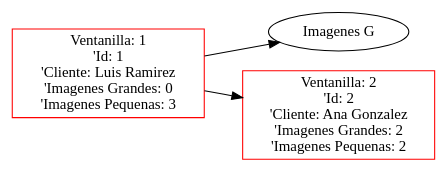
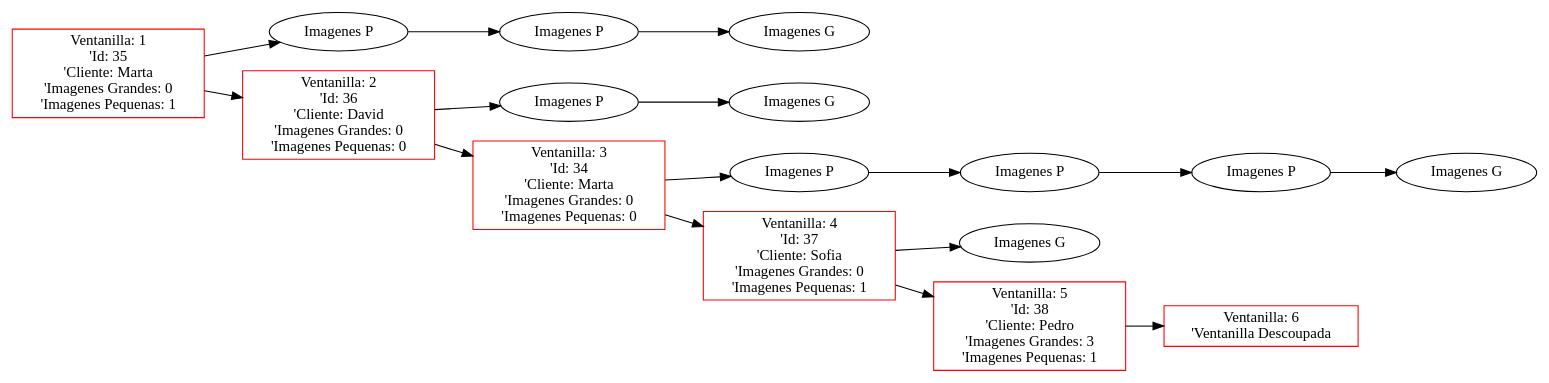
Before and after one commit to FranklinONP/EDD_PROYECTO_202200089: the diagram in Proyecto1/Proyecto1_202200089/Pruebas/PJ/Ventanilla.dot, drawn with Graphviz. The commit also changed 21 other files, not shown here.

```diff
--- a/Proyecto1/Proyecto1_202200089/Pruebas/PJ/Ventanilla.dot
+++ b/Proyecto1/Proyecto1_202200089/Pruebas/PJ/Ventanilla.dot
@@ -1,8 +1,34 @@
  digraph G {
  rankdir=LR;
- node0 [label="Ventanilla: 1\n'Id: 1\n'Cliente: Luis Ramirez\n'Imagenes Grandes: 0\n'Imagenes Pequenas: 3", color="red", shape="rectangle"];
- element00 [label="Imagenes G", shape="ellipse"];
+ node0 [label="Ventanilla: 1\n'Id: 35\n'Cliente: Marta\n'Imagenes Grandes: 0\n'Imagenes Pequenas: 1", color="red", shape="rectangle"];
+ element00 [label="Imagenes P", shape="ellipse"];
  node0 -> element00 [dir="forward"];
- node1 [label="Ventanilla: 2\n'Id: 2\n'Cliente: Ana Gonzalez\n'Imagenes Grandes: 2\n'Imagenes Pequenas: 2", color="red", shape="rectangle"];
+ element00 -> element01 [dir="forward"];
+ element01 [label="Imagenes P", shape="ellipse"];
+ element01 -> element02 [dir="forward"];
+ element02 [label="Imagenes G", shape="ellipse"];
+ node1 [label="Ventanilla: 2\n'Id: 36\n'Cliente: David\n'Imagenes Grandes: 0\n'Imagenes Pequenas: 0", color="red", shape="rectangle"];
+ element10 [label="Imagenes P", shape="ellipse"];
+ node1 -> element10 [dir="forward"];
+ element10 -> element11 [dir="forward"];
+ element11 [label="Imagenes G", shape="ellipse"];
  node0 -> node1 [dir="forward"];
+ node2 [label="Ventanilla: 3\n'Id: 34\n'Cliente: Marta\n'Imagenes Grandes: 0\n'Imagenes Pequenas: 0", color="red", shape="rectangle"];
+ element20 [label="Imagenes P", shape="ellipse"];
+ node2 -> element20 [dir="forward"];
+ element20 -> element21 [dir="forward"];
+ element21 [label="Imagenes P", shape="ellipse"];
+ element21 -> element22 [dir="forward"];
+ element22 [label="Imagenes P", shape="ellipse"];
+ element22 -> element23 [dir="forward"];
+ element23 [label="Imagenes G", shape="ellipse"];
+ node1 -> node2 [dir="forward"];
+ node3 [label="Ventanilla: 4\n'Id: 37\n'Cliente: Sofia\n'Imagenes Grandes: 0\n'Imagenes Pequenas: 1", color="red", shape="rectangle"];
+ element30 [label="Imagenes G", shape="ellipse"];
+ node3 -> element30 [dir="forward"];
+ node2 -> node3 [dir="forward"];
+ node4 [label="Ventanilla: 5\n'Id: 38\n'Cliente: Pedro\n'Imagenes Grandes: 3\n'Imagenes Pequenas: 1", color="red", shape="rectangle"];
+ node3 -> node4 [dir="forward"];
+ node5 [label="Ventanilla: 6\n'Ventanilla Descoupada", color="red", shape="rectangle"];
+ node4 -> node5 [dir="forward"];
  }
```
